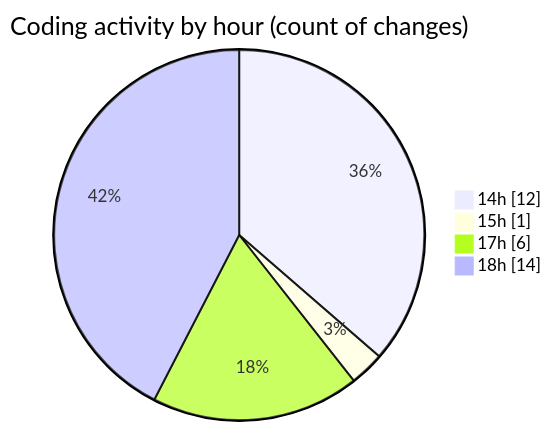
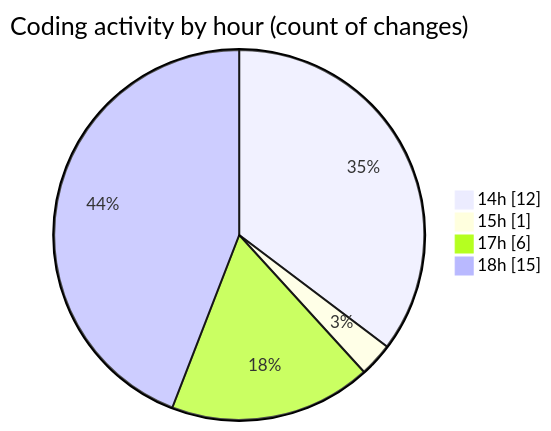
One commit to momahboobian/code-tracking changed the second of 2 diagrams in 2025-12-16/cda/README.md. Above: the diagram before and after it, drawn with Mermaid. The commit also changed other lines of this file and 1 other file, not shown here.

````diff
--- a/2025-12-16/cda/README.md
+++ b/2025-12-16/cda/README.md
@@ -34,8 +35,8 @@
 ```mermaid
 pie showData
 title Coding activity by hour (count of changes)
 "14h" : 12
 "15h" : 1
 "17h" : 6
-"18h" : 14
+"18h" : 15
 ```
````
